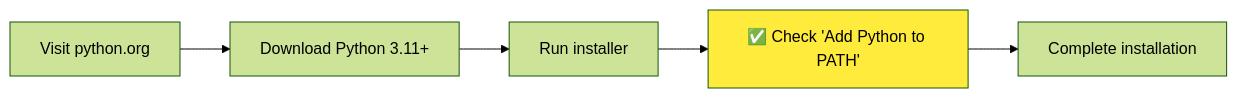
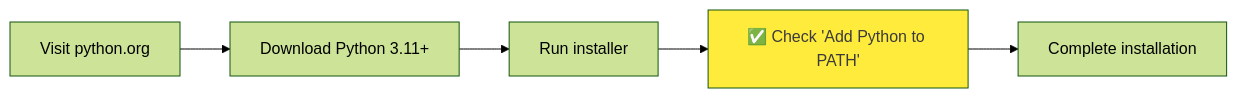
One commit to ridwanspace/restful-fastapi-guideline changed the second of 6 diagrams in app/docs/01_getting-started/installation/page.mdx. Above: the diagram before and after it, drawn with Mermaid (forest theme). The commit also changed other lines of this file, not shown here.

First line of the commit message:
📝 docs(installation): improve diagrams for better readability

````diff
--- a/app/docs/01_getting-started/installation/page.mdx
+++ b/app/docs/01_getting-started/installation/page.mdx
@@ -95,9 +95,9 @@
 ```mermaid
 graph LR
     A[Visit python.org] --> B[Download Python 3.11+]
     B --> C[Run installer]
     C --> D[✅ Check 'Add Python to PATH']
     D --> E[Complete installation]
     
-    style D fill:#ffeb3b,color:#000
+    style D fill:#ffeb3b,color:#3b3b3b
 ```
````
